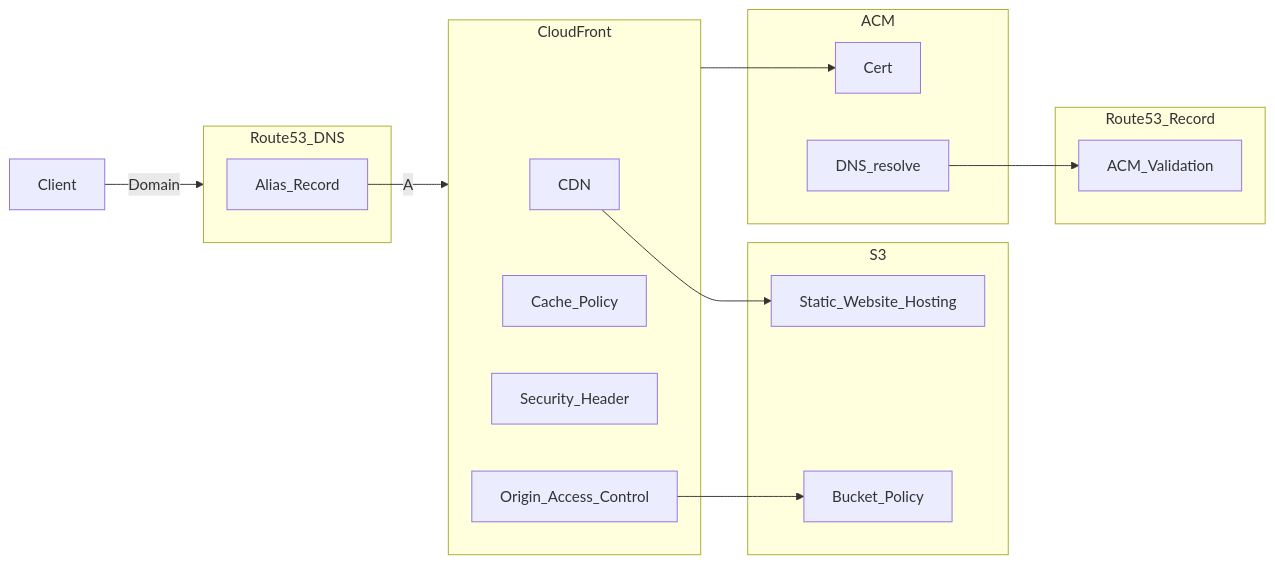
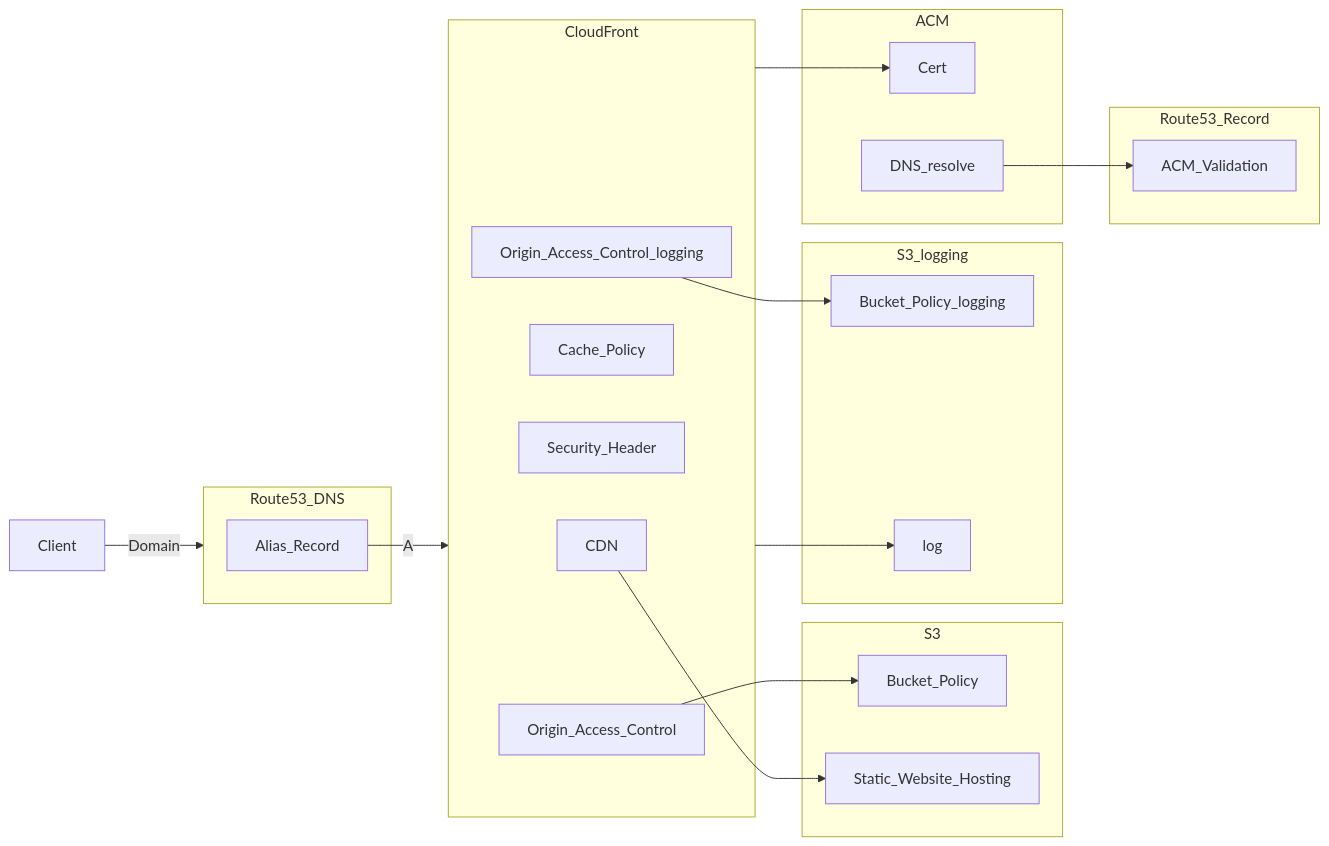
The diagram in backend/infra/environments/dev/static_web_site/design.md (anifala9/AKTKT), drawn with Mermaid before and after one commit.

Commit message:
mv: update. added log bucket

````diff
--- a/backend/infra/environments/dev/static_web_site/design.md
+++ b/backend/infra/environments/dev/static_web_site/design.md
@@ -1,41 +1,51 @@
 ```mermaid
 graph LR
 
 subgraph Route53_DNS
   Alias_Record
 end
 
 subgraph CloudFront
   CDN
   Cache_Policy
   Security_Header
   Origin_Access_Control
+  Origin_Access_Control_logging
 end
 
 subgraph S3
   Bucket_Policy
   Static_Website_Hosting
+end
+
+subgraph S3_logging
+  Bucket_Policy_logging
+  log
 end
 
 subgraph ACM
   Cert
   DNS_resolve
 end
 
 subgraph Route53_Record
   ACM_Validation
 end
 
 
 
 Client --Domain--> Route53_DNS
 Alias_Record --A--> CloudFront
 
 DNS_resolve --> ACM_Validation
 
 CloudFront --> Cert
 
 Origin_Access_Control --> Bucket_Policy
 
 CDN --> Static_Website_Hosting
+
+Origin_Access_Control_logging --> Bucket_Policy_logging
+
+CloudFront --> log
 ```
````
